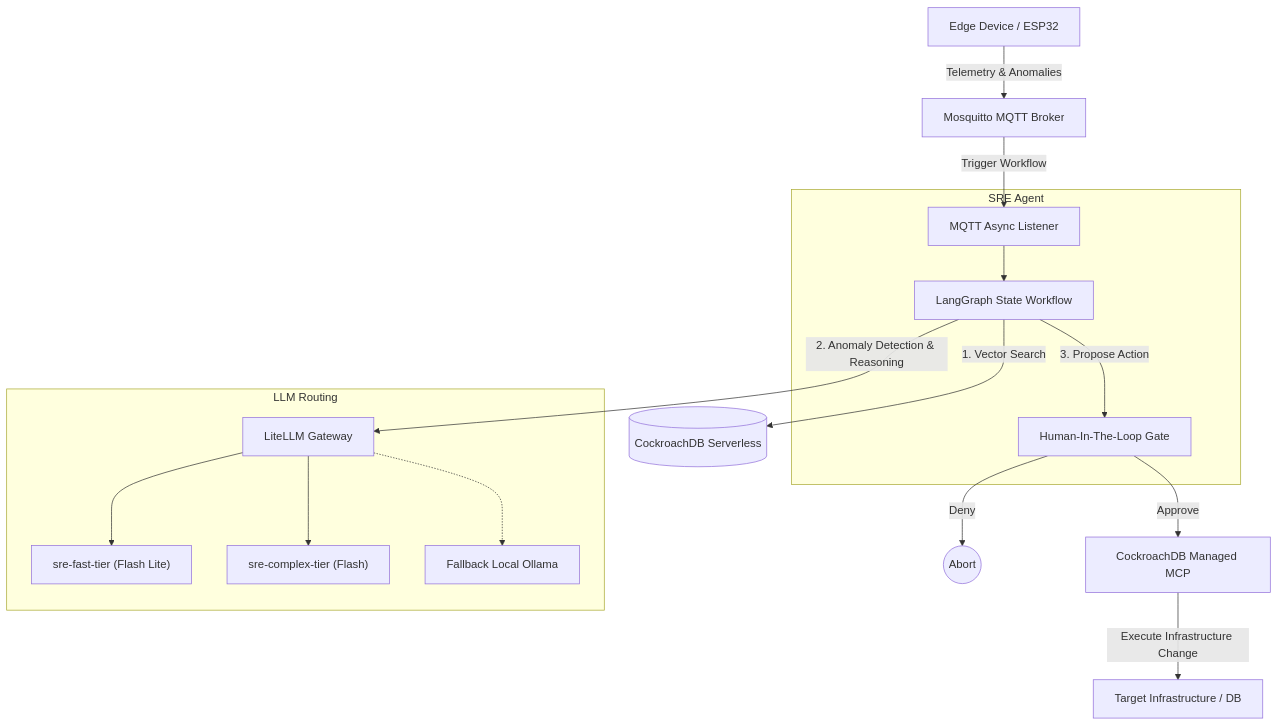
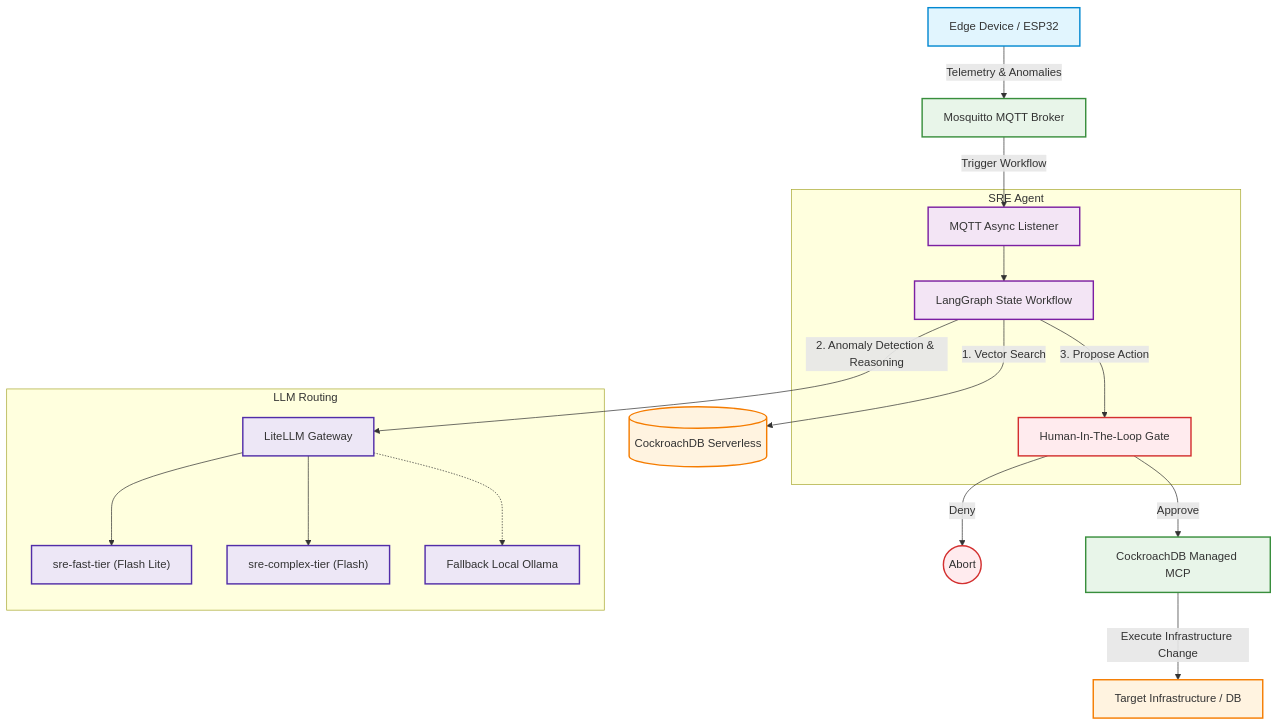
Before and after one commit to shawnsony07/Autonomous-SRE: the first of 2 diagrams in README.md, drawn with Mermaid. The commit also changed other lines of this file, not shown here.

Commit message:
docs: add color styling to Mermaid flowcharts

````diff
--- a/README.md
+++ b/README.md
@@ -11,37 +11,45 @@
 ```mermaid
 flowchart TD
+    %% Styling
+    classDef edge fill:#e1f5fe,stroke:#0288d1,stroke-width:2px
+    classDef agent fill:#f3e5f5,stroke:#7b1fa2,stroke-width:2px
+    classDef service fill:#e8f5e9,stroke:#388e3c,stroke-width:2px
+    classDef danger fill:#ffebee,stroke:#d32f2f,stroke-width:2px
+    classDef db fill:#fff3e0,stroke:#f57c00,stroke-width:2px
+    classDef llm fill:#ede7f6,stroke:#512da8,stroke-width:2px
+
     %% Define Edge & Infrastructure
-    ESP32["Edge Device / ESP32"] -- Telemetry & Anomalies --> MQTT["Mosquitto MQTT Broker"]
+    ESP32["Edge Device / ESP32"]:::edge -- Telemetry & Anomalies --> MQTT["Mosquitto MQTT Broker"]:::service
     
     %% SRE Agent Core
     subgraph SRE Agent
-        MQTT_Listener["MQTT Async Listener"]
-        LangGraph["LangGraph State Workflow"]
-        HITL["Human-In-The-Loop Gate"]
+        MQTT_Listener["MQTT Async Listener"]:::agent
+        LangGraph["LangGraph State Workflow"]:::agent
+        HITL["Human-In-The-Loop Gate"]:::danger
     end
     
     MQTT -- Trigger Workflow --> MQTT_Listener
     MQTT_Listener --> LangGraph
     
     %% External Services
-    LiteLLM["LiteLLM Gateway"]
-    CockroachDB[("CockroachDB Serverless")]
-    MCP["CockroachDB Managed MCP"]
+    LiteLLM["LiteLLM Gateway"]:::llm
+    CockroachDB[("CockroachDB Serverless")]:::db
+    MCP["CockroachDB Managed MCP"]:::service
 
     %% Flow interactions
     LangGraph -- 1. Vector Search --> CockroachDB
     LangGraph -- 2. Anomaly Detection & Reasoning --> LiteLLM
     LangGraph -- 3. Propose Action --> HITL
     
     HITL -- Approve --> MCP
-    MCP -- Execute Infrastructure Change --> System["Target Infrastructure / DB"]
+    MCP -- Execute Infrastructure Change --> System["Target Infrastructure / DB"]:::db
     
-    HITL -- Deny --> Abort(("Abort"))
+    HITL -- Deny --> Abort(("Abort")):::danger
     
     %% LLM Tiers
     subgraph LLM Routing
-        LiteLLM --> FastTier["sre-fast-tier (Flash Lite)"]
-        LiteLLM --> ComplexTier["sre-complex-tier (Flash)"]
-        LiteLLM -.-> Ollama["Fallback Local Ollama"]
+        LiteLLM --> FastTier["sre-fast-tier (Flash Lite)"]:::llm
+        LiteLLM --> ComplexTier["sre-complex-tier (Flash)"]:::llm
+        LiteLLM -.-> Ollama["Fallback Local Ollama"]:::llm
     end
 ```
````
